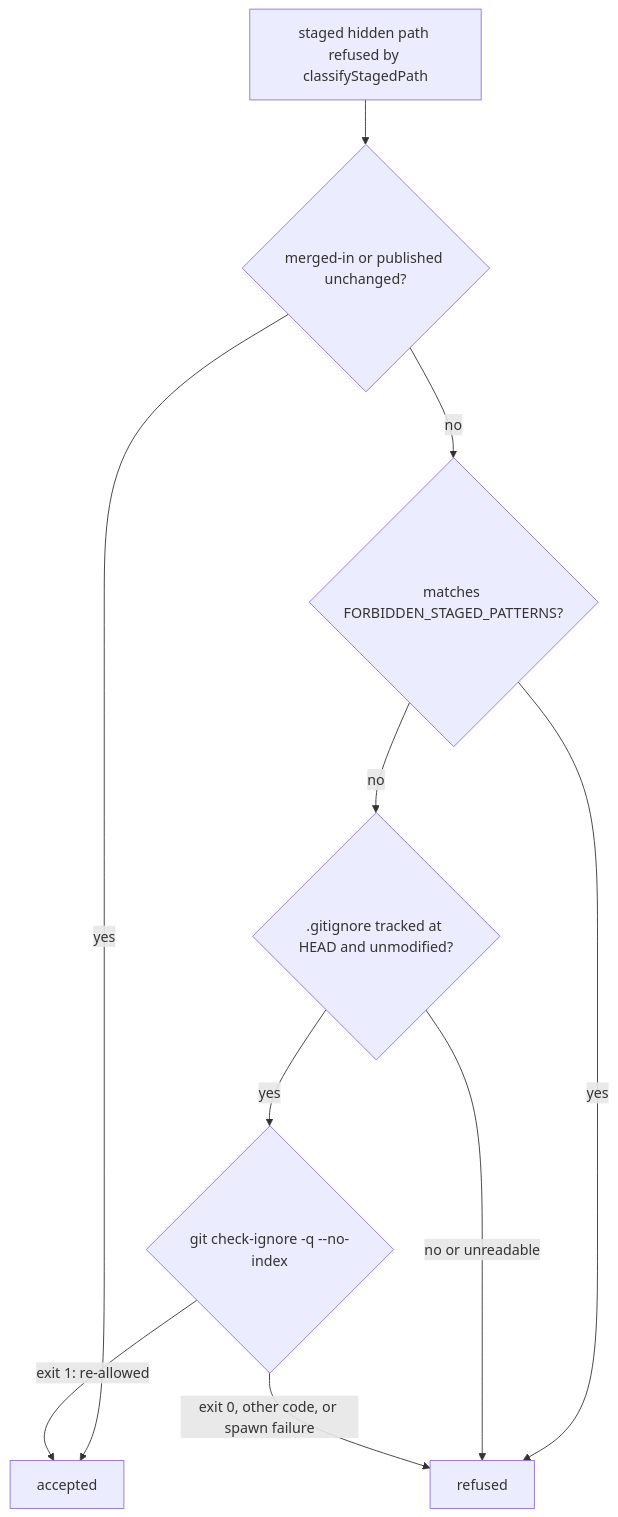
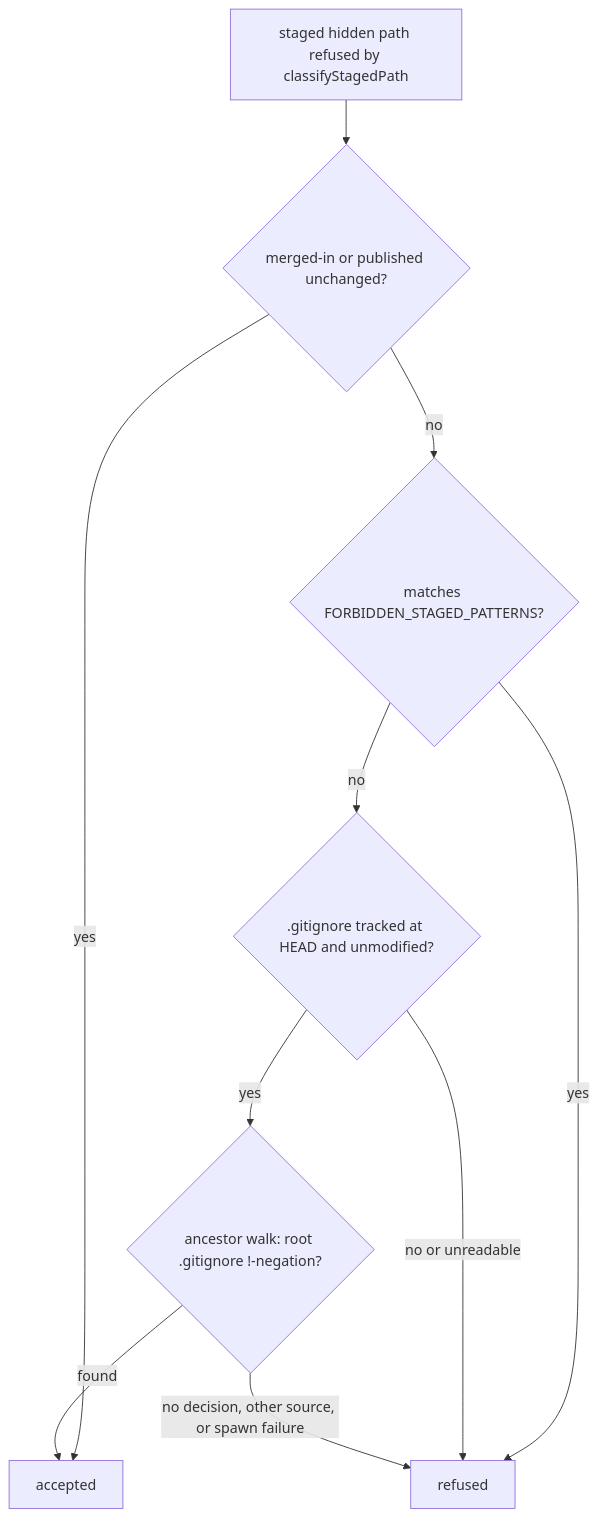
Before and after one commit to stSoftwareAU/VibeCoder: the diagram in docs/archive/pr-summaries/pr-summary-3296.md, drawn with Mermaid. The commit also changed other lines of this file, not shown here.

````diff
--- a/docs/archive/pr-summaries/pr-summary-3296.md
+++ b/docs/archive/pr-summaries/pr-summary-3296.md
@@ -71,12 +77,12 @@
 ```mermaid
 flowchart TD
     S[staged hidden path refused by classifyStagedPath] --> M{merged-in or published unchanged?}
     M -->|yes| OK[accepted]
     M -->|no| F{matches FORBIDDEN_STAGED_PATTERNS?}
     F -->|yes| R[refused]
     F -->|no| G{.gitignore tracked at HEAD and unmodified?}
     G -->|no or unreadable| R
-    G -->|yes| C{git check-ignore -q --no-index}
-    C -->|exit 1: re-allowed| OK
-    C -->|exit 0, other code, or spawn failure| R
+    G -->|yes| C{ancestor walk: root .gitignore !-negation?}
+    C -->|found| OK
+    C -->|no decision, other source, or spawn failure| R
 ```
````
